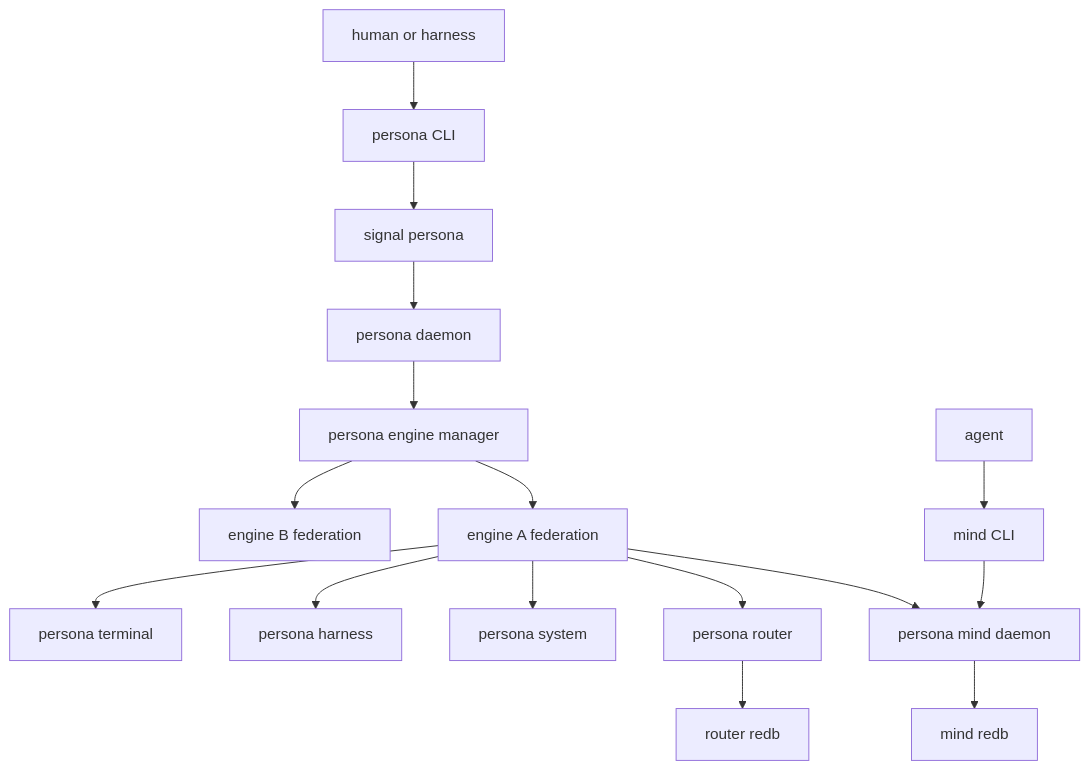
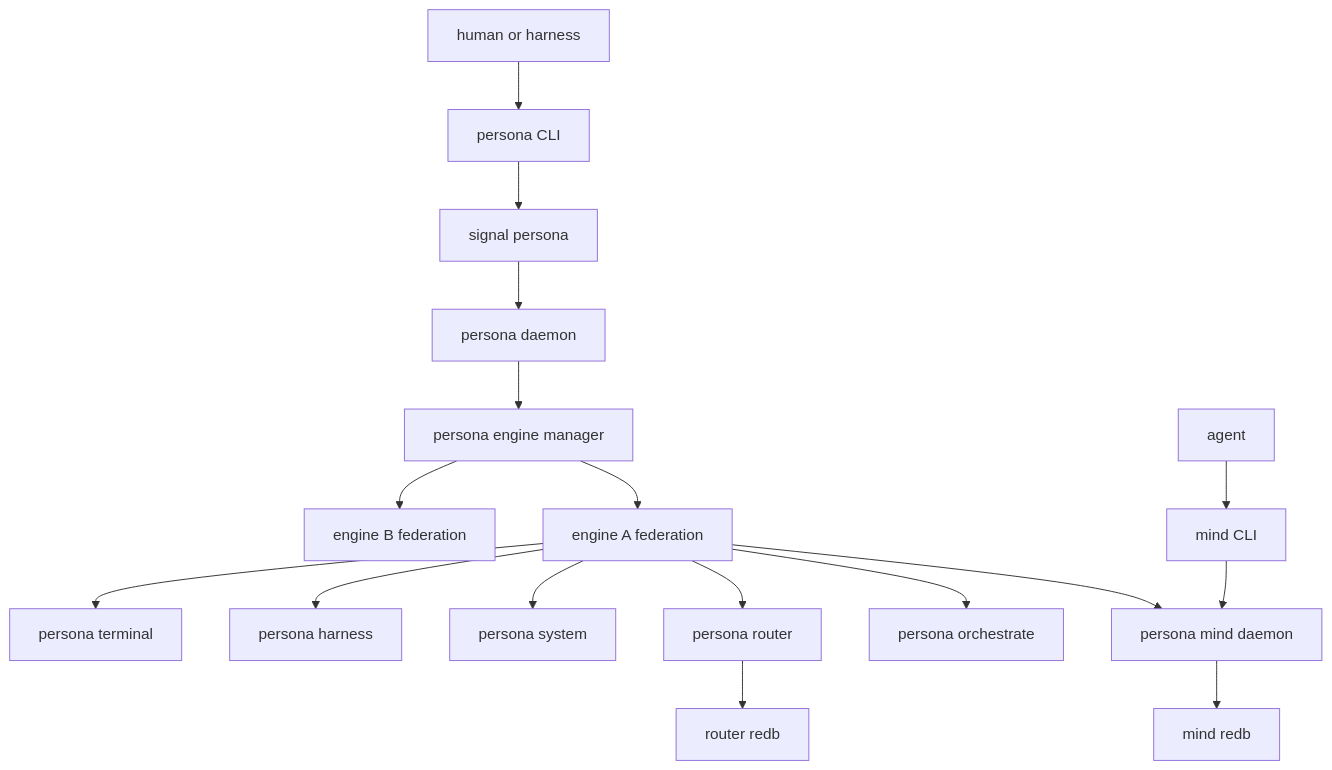
The first of 8 diagrams in ARCHITECTURE.md (LiGoldragon/persona), drawn with Mermaid before and after one commit. The commit also changed other lines of this file and 5 other files, not shown here.

Commit message:
persona: reserve orchestrate engine component slot

````diff
--- a/ARCHITECTURE.md
+++ b/ARCHITECTURE.md
@@ -58,18 +58,19 @@
 ```mermaid
 graph TB
     operator[human or harness] --> persona_cli[persona CLI]
     persona_cli --> persona_contract[signal persona]
     persona_contract --> persona_daemon[persona daemon]
     persona_daemon --> manager[persona engine manager]
     manager --> engine_a[engine A federation]
     manager --> engine_b[engine B federation]
     engine_a --> mind_daemon[persona mind daemon]
+    engine_a --> orchestrate[persona orchestrate]
     engine_a --> router[persona router]
     engine_a --> system[persona system]
     engine_a --> harness[persona harness]
     engine_a --> terminal[persona terminal]
     agent[agent] --> mind_cli[mind CLI]
     mind_cli --> mind_daemon
     mind_daemon --> mind_db[mind redb]
     router --> router_db[router redb]
 ```
````
